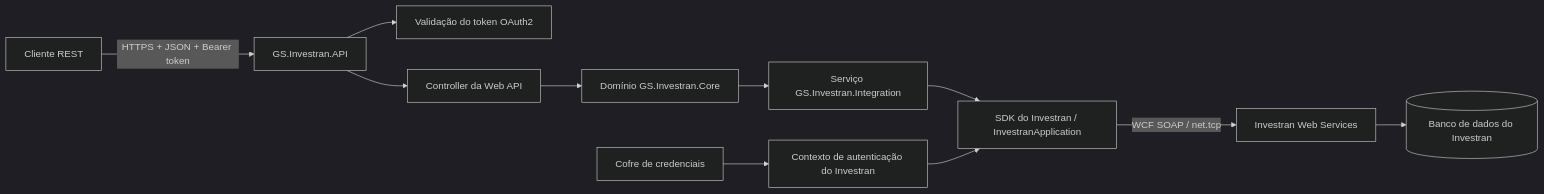
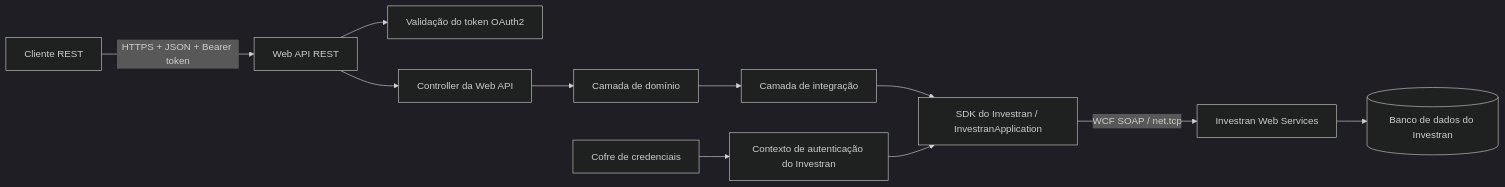
The first of 2 diagrams in docs/api/architecture.md (msekimoto/investran), drawn with Mermaid (dark theme) before and after one commit. The commit also changed 23 other files, not shown here.

````diff
--- a/docs/api/architecture.md
+++ b/docs/api/architecture.md
@@ -7,13 +7,13 @@
 ```mermaid
 flowchart LR
-    C[Cliente REST] -->|HTTPS + JSON + Bearer token| API[GS.Investran.API]
+    C[Cliente REST] -->|HTTPS + JSON + Bearer token| API[Web API REST]
     API --> AUTH[Validação do token OAuth2]
     API --> CTRL[Controller da Web API]
-    CTRL --> DOM[Domínio GS.Investran.Core]
-    DOM --> INT[Serviço GS.Investran.Integration]
+    CTRL --> DOM[Camada de domínio]
+    DOM --> INT[Camada de integração]
     INT --> SDK[SDK do Investran / InvestranApplication]
     SDK -->|WCF SOAP / net.tcp| INV[Investran Web Services]
     INV --> DB[(Banco de dados do Investran)]
     VAULT[Cofre de credenciais] --> AUTHN[Contexto de autenticação do Investran]
     AUTHN --> SDK
 ```
````
